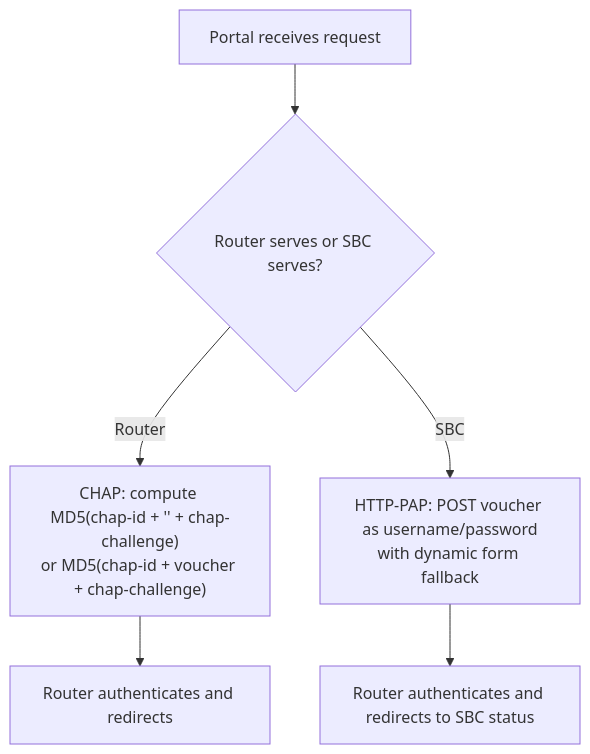
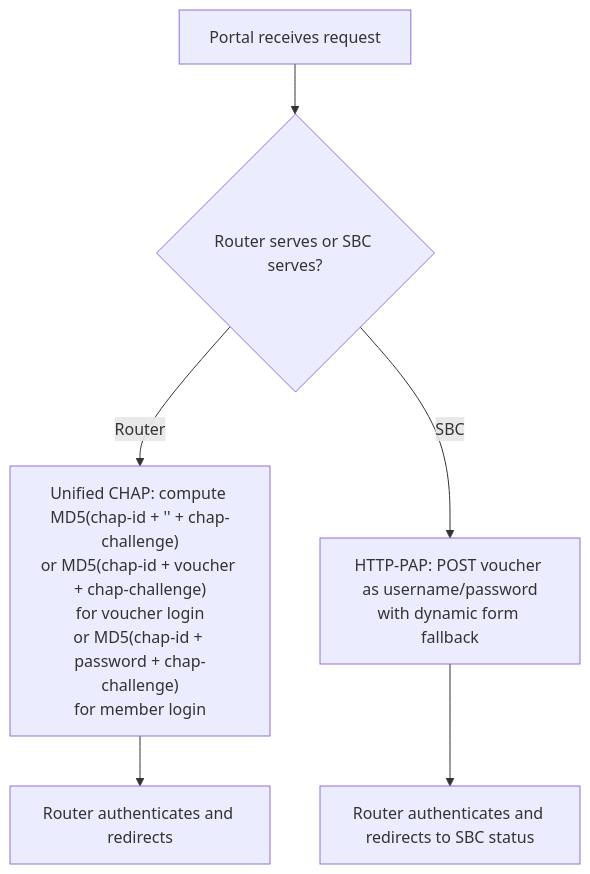
One commit to Djnirds1984/MT-CONTROLLER-PISOWIFI changed the seventh of 14 diagrams in .qoder/repowiki/en/content/Captive Portal Interface/Login Interface & Voucher Entry.md. Above: the diagram before and after it, drawn with Mermaid. The commit also changed other lines of this file and 14 other files, not shown here.

````diff
--- a/.qoder/repowiki/en/content/Captive Portal Interface/Login Interface & Voucher Entry.md
+++ b/.qoder/repowiki/en/content/Captive Portal Interface/Login Interface & Voucher Entry.md
@@ -254,8 +280,8 @@
 ```mermaid
 flowchart TD
 A["Portal receives request"] --> B{"Router serves or SBC serves?"}
-B --> |Router| C["CHAP: compute MD5(chap-id + '' + chap-challenge)<br/>or MD5(chap-id + voucher + chap-challenge)"]
+B --> |Router| C["Unified CHAP: compute MD5(chap-id + '' + chap-challenge)<br/>or MD5(chap-id + voucher + chap-challenge)<br/>for voucher login<br/>or MD5(chap-id + password + chap-challenge)<br/>for member login"]
 B --> |SBC| D["HTTP-PAP: POST voucher as username/password<br/>with dynamic form fallback"]
 C --> E["Router authenticates and redirects"]
 D --> F["Router authenticates and redirects to SBC status"]
 ```
````
